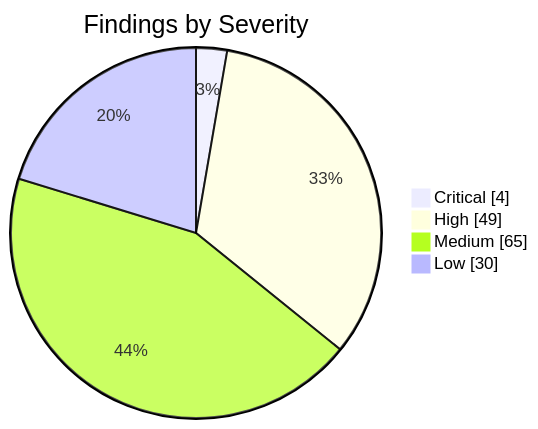
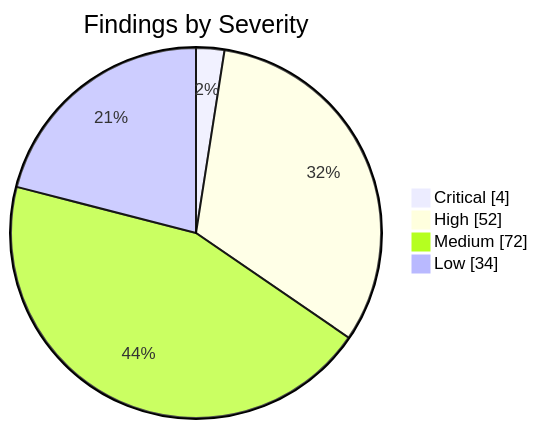
The first of 2 diagrams in apps/kbve/astro-kbve/src/content/docs/dashboard/security.mdx (KBVE/kbve), drawn with Mermaid before and after one commit. The commit also changed other lines of this file and 8 other files, not shown here.

````diff
--- a/apps/kbve/astro-kbve/src/content/docs/dashboard/security.mdx
+++ b/apps/kbve/astro-kbve/src/content/docs/dashboard/security.mdx
@@ -62,8 +62,8 @@
 ```mermaid
 pie showData
     title Findings by Severity
     "Critical" : 4
-    "High" : 49
-    "Medium" : 65
-    "Low" : 30
+    "High" : 52
+    "Medium" : 72
+    "Low" : 34
 ```
````
